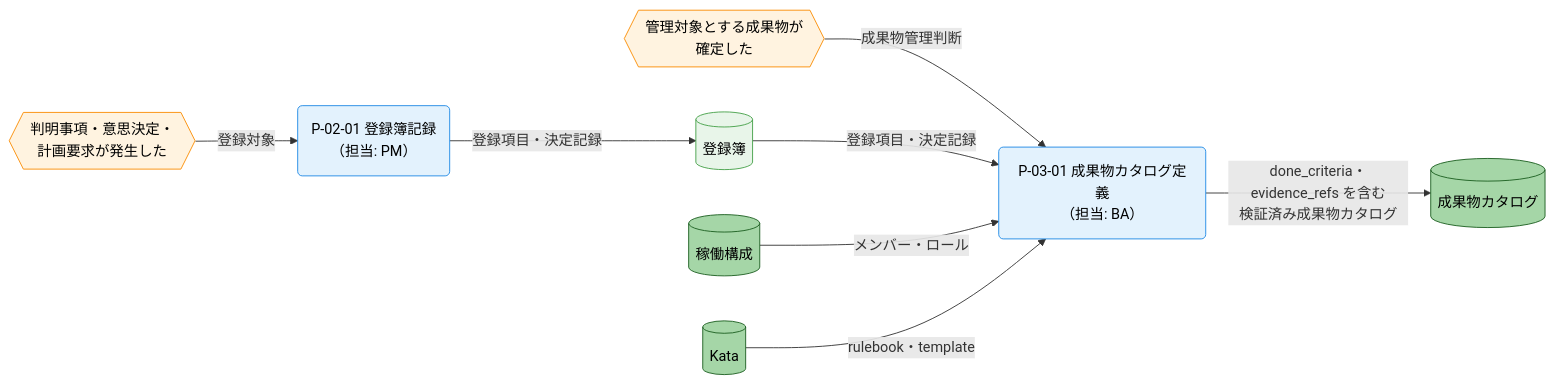
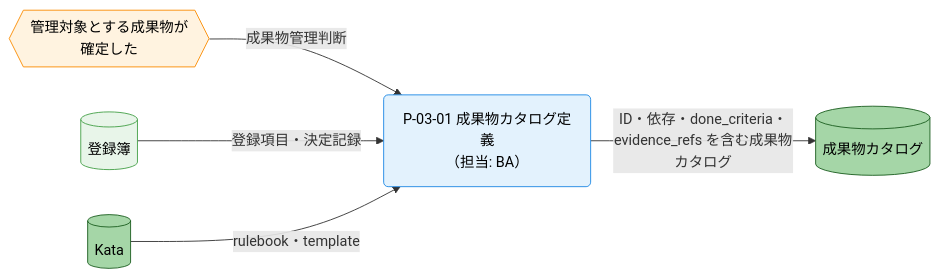
The second of 5 diagrams in docs/ja/product/010-business-specs/010-data-flow/cdfd-plan.md (specdojo/specdojo), drawn with Mermaid before and after one commit. The commit also changed other lines of this file and 4 other files, not shown here.

Commit message:
exec(T-DATA-FLOW-PDCA-cdfd-plan-075): apply task changes

````diff
--- a/docs/ja/product/010-business-specs/010-data-flow/cdfd-plan.md
+++ b/docs/ja/product/010-business-specs/010-data-flow/cdfd-plan.md
@@ -159,29 +185,23 @@
 ```mermaid
 flowchart LR
   classDef process fill:#e3f2fd,stroke:#1e88e5,color:#000
   classDef event fill:#fff3e0,stroke:#fb8c00,color:#000
   classDef storeMaster fill:#a5d6a7,stroke:#1b5e20,color:#000
   classDef storeTransaction fill:#e8f5e9,stroke:#43a047,color:#000
 
-  登録契機{{"判明事項・意思決定・<br>計画要求が発生した"}}
   管理判断{{"管理対象とする成果物が<br>確定した"}}
-  登録簿記録("P-02-01 登録簿記録<br>（担当: PM）")
   カタログ定義("P-03-01 成果物カタログ定義<br>（担当: BA）")
-  稼働構成[("稼働構成")]
   Kata[("Kata")]
   登録簿[("登録簿")]
   成果物カタログ[("成果物カタログ")]
 
-  登録契機 -->|"登録対象"| 登録簿記録
-  登録簿記録 -->|"登録項目・決定記録"| 登録簿
   管理判断 -->|"成果物管理判断"| カタログ定義
   登録簿 -->|"登録項目・決定記録"| カタログ定義
-  稼働構成 -->|"メンバー・ロール"| カタログ定義
   Kata -->|"rulebook・template"| カタログ定義
-  カタログ定義 -->|"done_criteria・evidence_refs を含む<br>検証済み成果物カタログ"| 成果物カタログ
+  カタログ定義 -->|"ID・依存・done_criteria・<br>evidence_refs を含む成果物カタログ"| 成果物カタログ
 
-  class 登録簿記録,カタログ定義 process
-  class 登録契機,管理判断 event
-  class 稼働構成,Kata,成果物カタログ storeMaster
+  class カタログ定義 process
+  class 管理判断 event
+  class Kata,成果物カタログ storeMaster
   class 登録簿 storeTransaction
 ```
````
